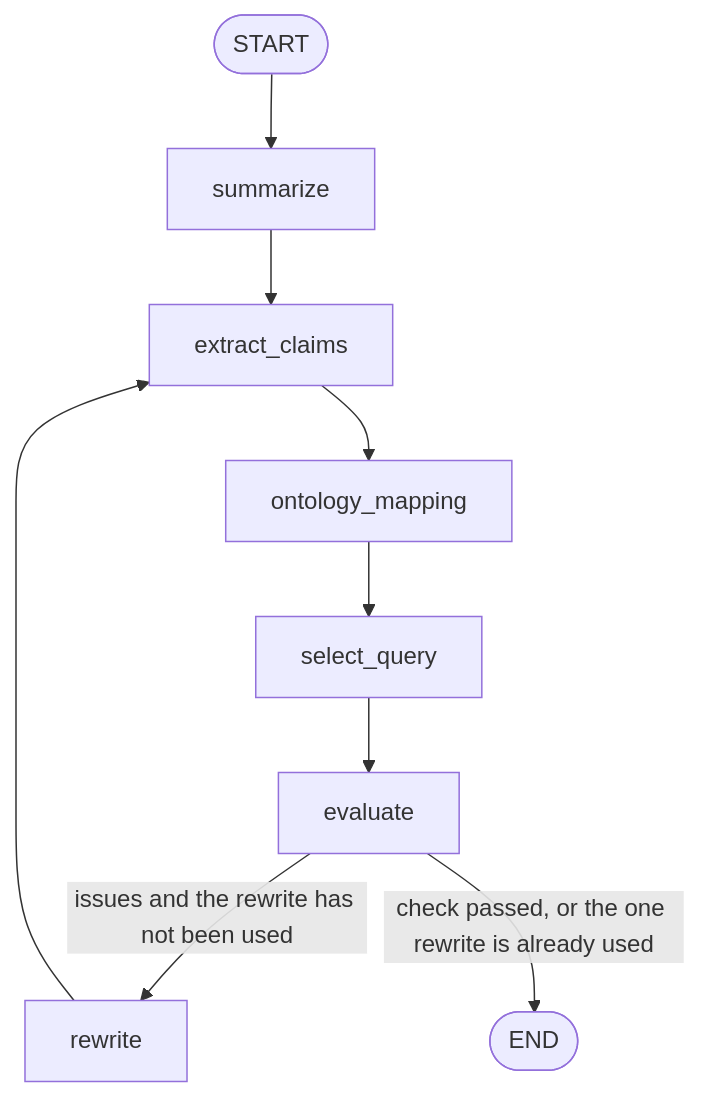
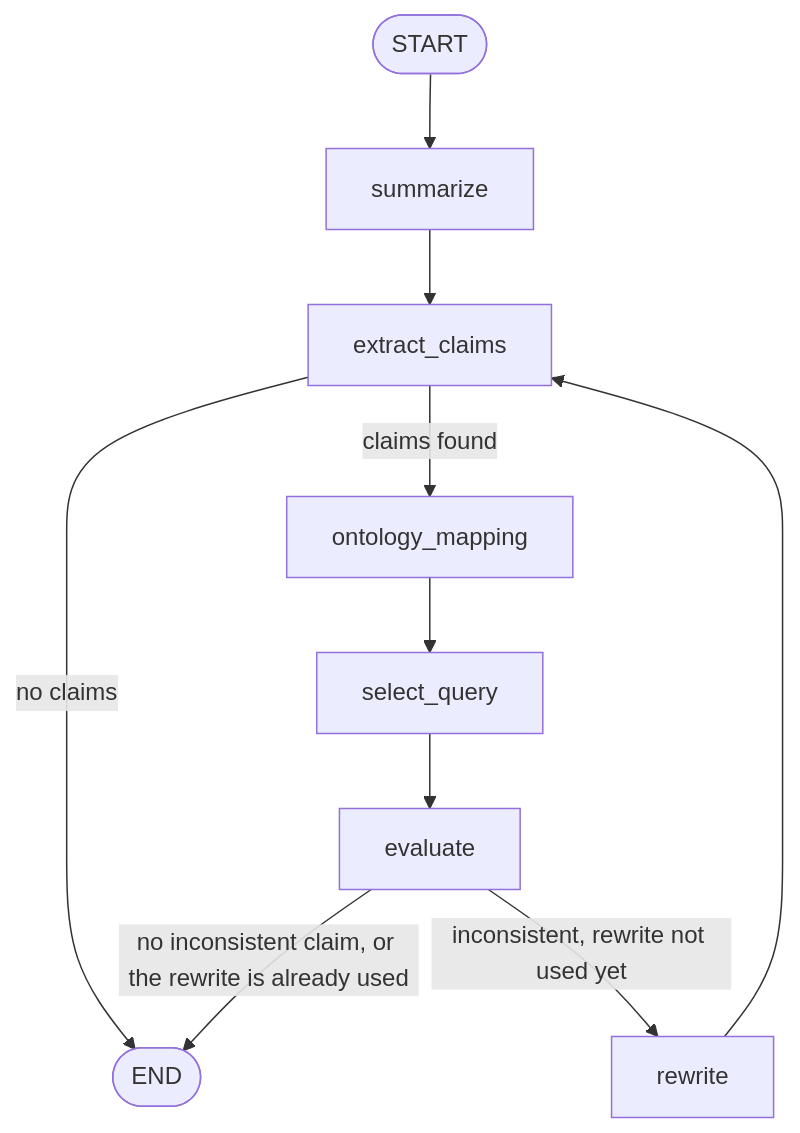
Before and after one commit to moratsja/infoiag-agent: the diagram in docs/agent-graph.md, drawn with Mermaid. The commit also changed other lines of this file and 32 other files, not shown here.

````diff
--- a/docs/agent-graph.md
+++ b/docs/agent-graph.md
@@ -11,11 +11,12 @@
 ```mermaid
 flowchart TD
   startNode([START]) --> summarize
   summarize --> extract_claims
-  extract_claims --> ontology_mapping
+  extract_claims -->|no claims| finishNode([END])
+  extract_claims -->|claims found| ontology_mapping
   ontology_mapping --> select_query
   select_query --> evaluate
-  evaluate -->|issues and the rewrite has not been used| rewrite
+  evaluate -->|inconsistent, rewrite not used yet| rewrite
   rewrite --> extract_claims
-  evaluate -->|check passed, or the one rewrite is already used| finishNode([END])
+  evaluate -->|no inconsistent claim, or the rewrite is already used| finishNode([END])
 ```
````
